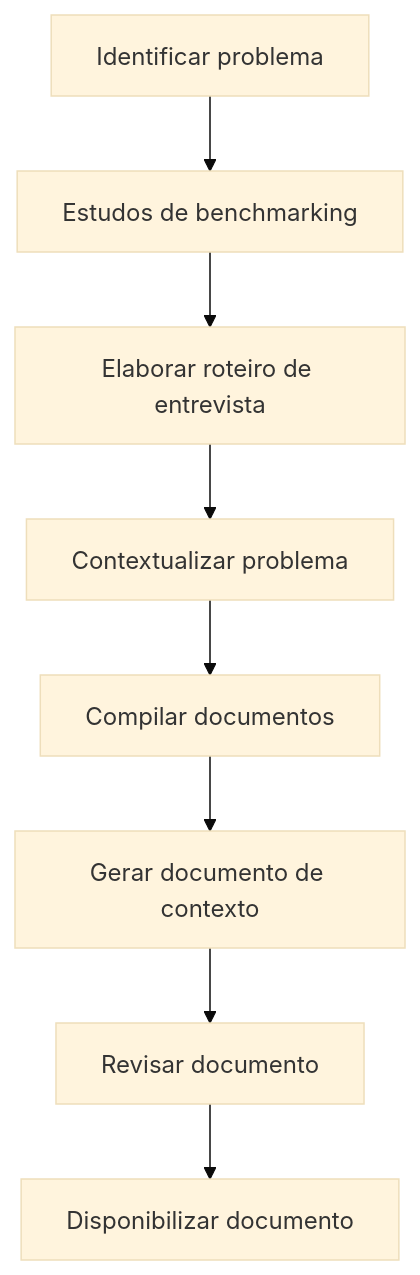
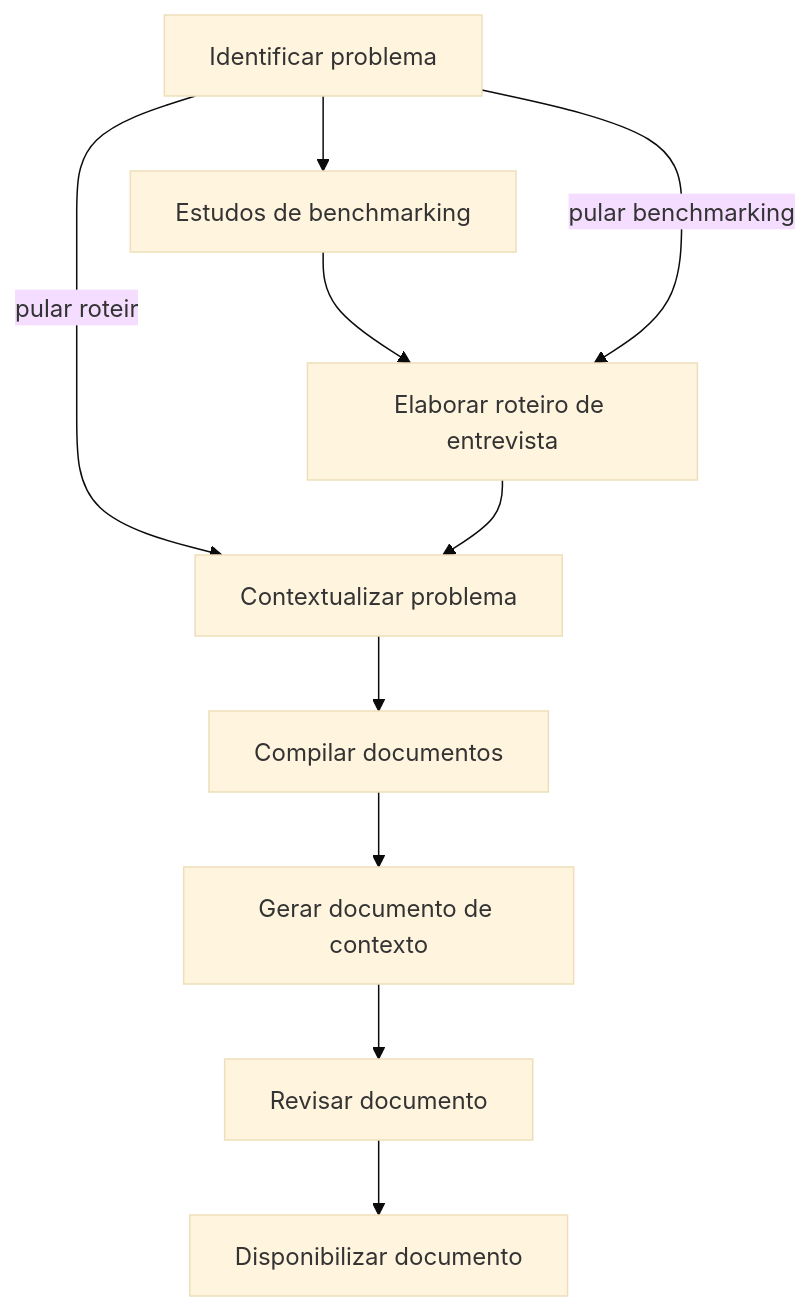
The diagram in docs/process/1-concept/a-ideation/protocolo.md (yanjustino/protocolo-es-ai), drawn with Mermaid (base theme) before and after one commit. The commit also changed 1 other file, not shown here.

Commit message:
enhance protocol documents by adding optional labels to UI prototyping and API design steps, and introduce new flowchart connections for skipping benchmarking and scripting

````diff
--- a/docs/process/1-concept/a-ideation/protocolo.md
+++ b/docs/process/1-concept/a-ideation/protocolo.md
@@ -21,19 +21,21 @@
 ```mermaid
 flowchart TD
     A[Identificar problema]
     B[Estudos de benchmarking]
     C[Elaborar roteiro de entrevista]
     D[Contextualizar problema]
     E[Compilar documentos]
     F[Gerar documento de contexto]
     G[Revisar documento]
     H[Disponibilizar documento]
 
     A --> B
     B --> C
+    A --pular benchmarking--> C
+    A --pular roteiro--> D
     C --> D
     D --> E
     E --> F
     F --> G
     G --> H
 ```    
````
